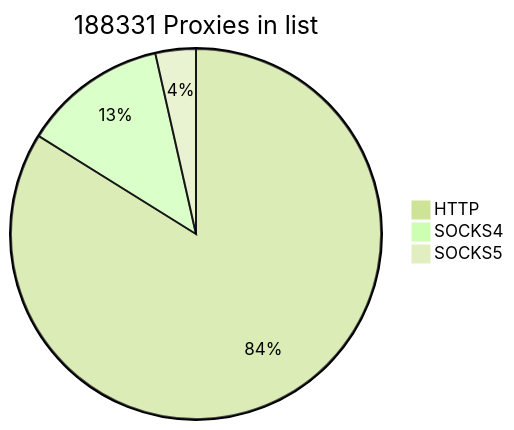
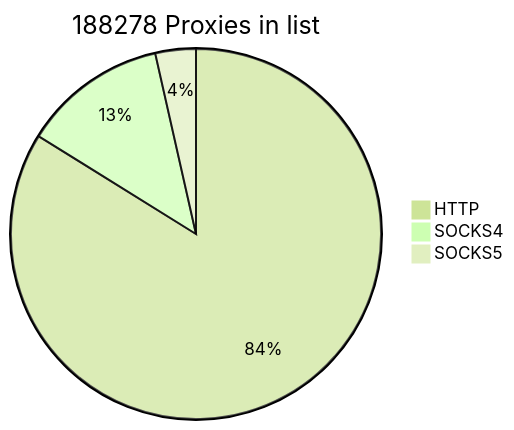
Before and after one commit to cutipu/proxylist: the first of 2 diagrams in README.md, drawn with Mermaid (forest theme). The commit also changed other lines of this file, not shown here.

````diff
--- a/README.md
+++ b/README.md
@@ -2,7 +2,7 @@
 ```mermaid
-pie title 188331 Proxies in list
-    "HTTP" : 157944
-    "SOCKS4" : 23742
-    "SOCKS5" : 6645
+pie title 188278 Proxies in list
+    "HTTP" : 157878
+    "SOCKS4" : 23743
+    "SOCKS5" : 6657
             
 ```
````
